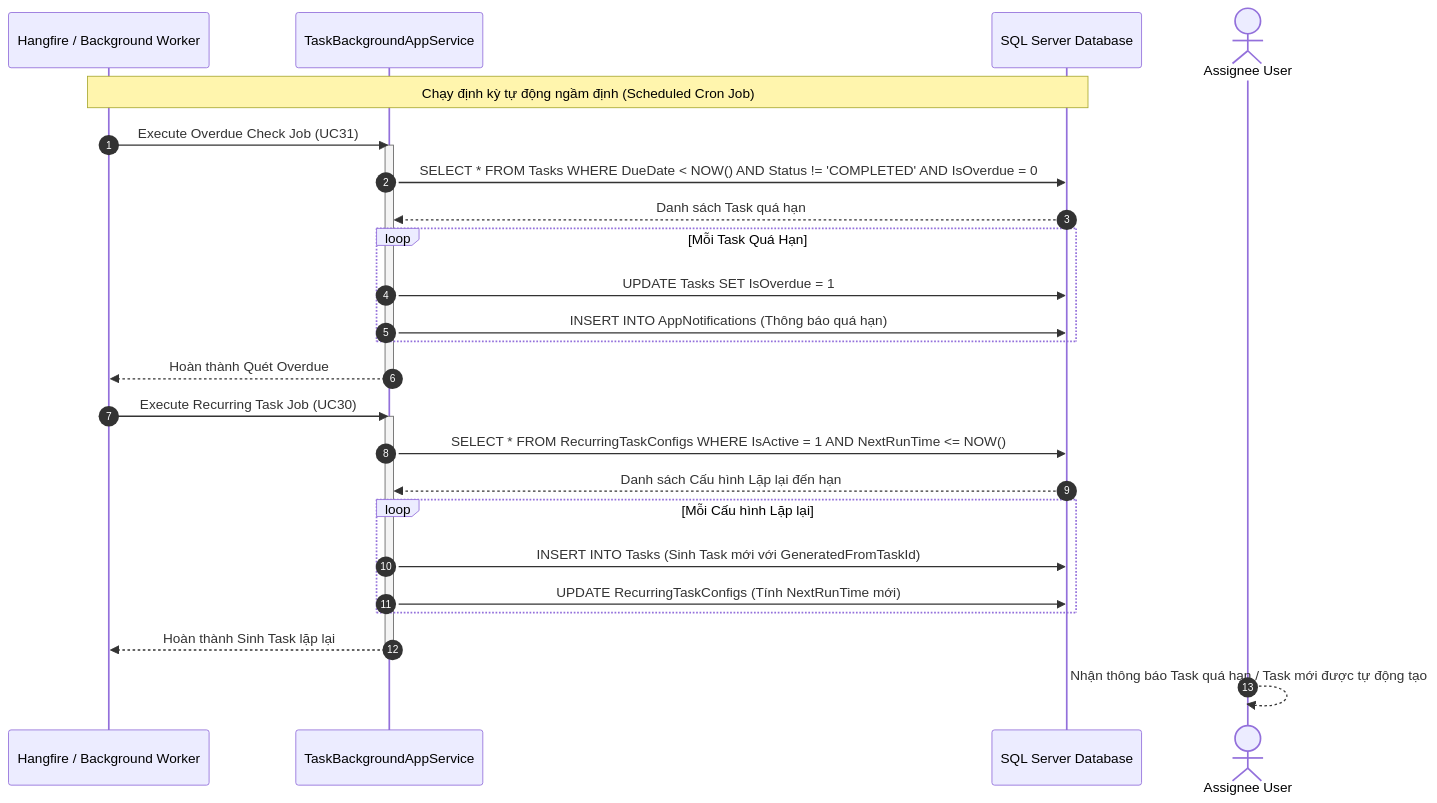
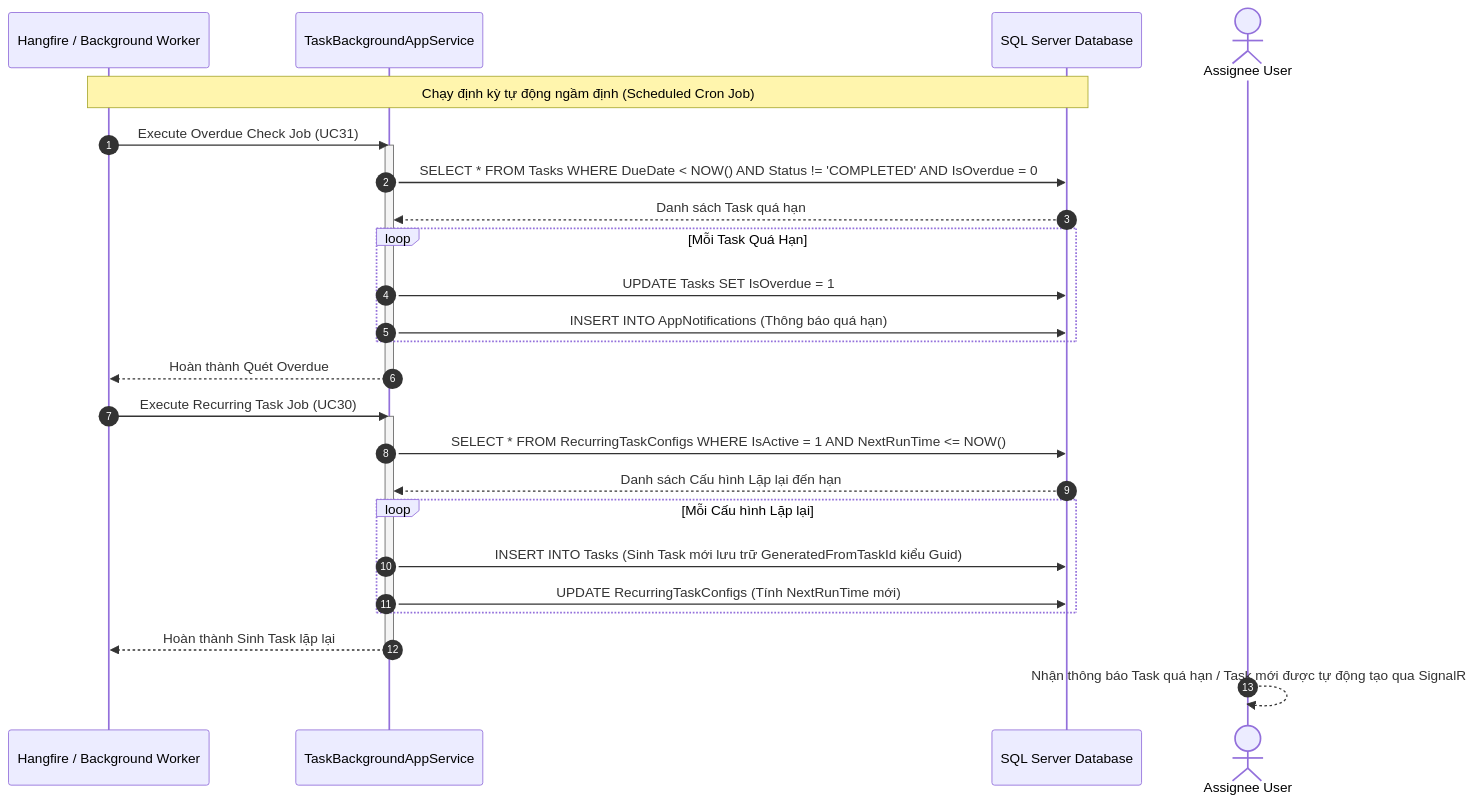
One commit to anhhthuu2404/task-management changed diagram 11 of 13 in document/Design_Diagrams.md. Above: the diagram before and after it, drawn with Mermaid. The commit also changed other lines of this file, not shown here.

````diff
--- a/document/Design_Diagrams.md
+++ b/document/Design_Diagrams.md
@@ -527,36 +600,36 @@
 ```mermaid
 sequenceDiagram
     autonumber
     participant Hangfire as Hangfire / Background Worker
     participant JobSrv as TaskBackgroundAppService
     participant DB as SQL Server Database
     actor User as Assignee User
 
     Note over Hangfire, DB: Chạy định kỳ tự động ngầm định (Scheduled Cron Job)
 
     Hangfire->>JobSrv: Execute Overdue Check Job (UC31)
     activate JobSrv
     JobSrv->>DB: SELECT * FROM Tasks WHERE DueDate < NOW() AND Status != 'COMPLETED' AND IsOverdue = 0
     DB-->>JobSrv: Danh sách Task quá hạn
 
     loop Mỗi Task Quá Hạn
         JobSrv->>DB: UPDATE Tasks SET IsOverdue = 1
         JobSrv->>DB: INSERT INTO AppNotifications (Thông báo quá hạn)
     end
     JobSrv-->>Hangfire: Hoàn thành Quét Overdue
     deactivate JobSrv
 
     Hangfire->>JobSrv: Execute Recurring Task Job (UC30)
     activate JobSrv
     JobSrv->>DB: SELECT * FROM RecurringTaskConfigs WHERE IsActive = 1 AND NextRunTime <= NOW()
     DB-->>JobSrv: Danh sách Cấu hình Lặp lại đến hạn
 
     loop Mỗi Cấu hình Lặp lại
-        JobSrv->>DB: INSERT INTO Tasks (Sinh Task mới với GeneratedFromTaskId)
+        JobSrv->>DB: INSERT INTO Tasks (Sinh Task mới lưu trữ GeneratedFromTaskId kiểu Guid)
         JobSrv->>DB: UPDATE RecurringTaskConfigs (Tính NextRunTime mới)
     end
     JobSrv-->>Hangfire: Hoàn thành Sinh Task lặp lại
     deactivate JobSrv
 
-    User-->>User: Nhận thông báo Task quá hạn / Task mới được tự động tạo
-```
+    User-->>User: Nhận thông báo Task quá hạn / Task mới được tự động tạo qua SignalR
+ ```
````
